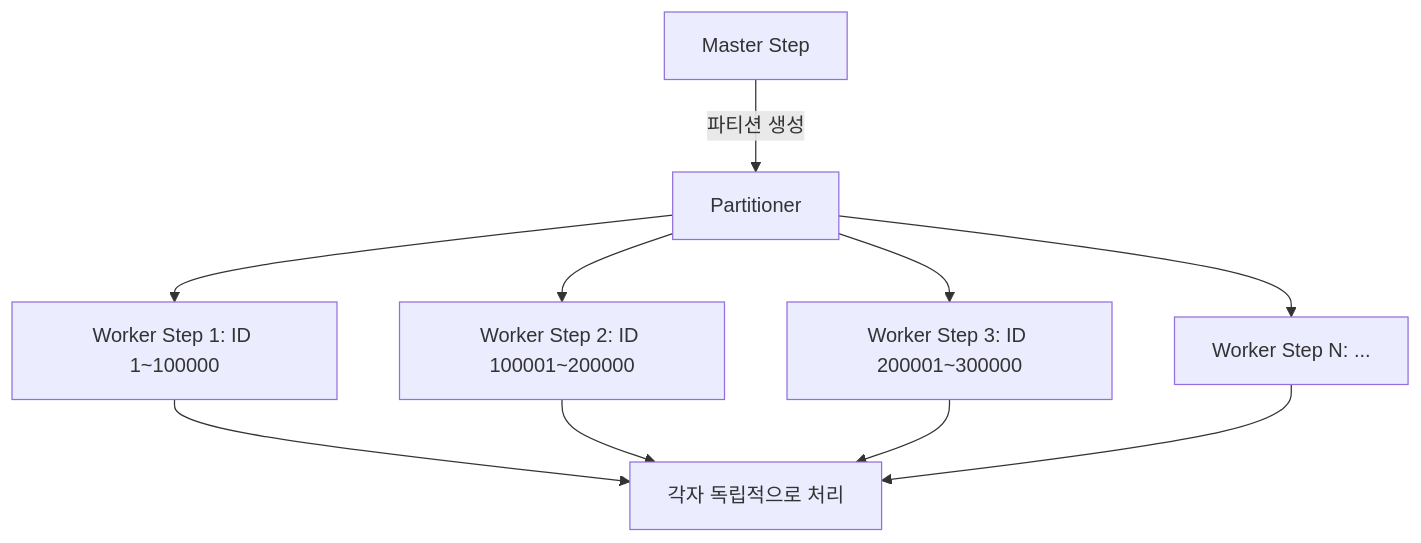
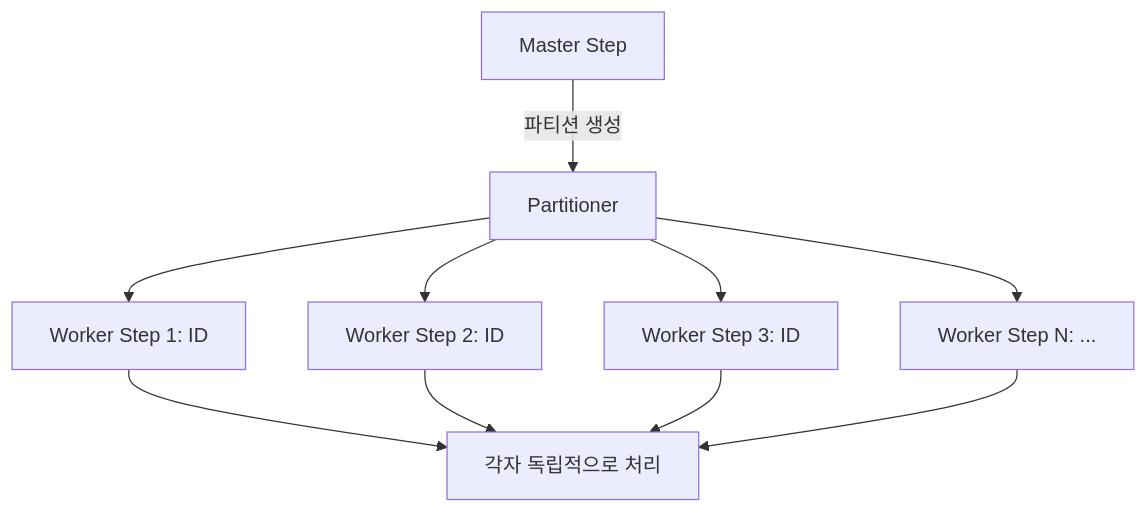
One commit to yjkim2015/yjkim2015.github.io changed the fifth of 6 diagrams in _posts/spring/2026-05-02-spring-batch-deep.md. Above: the diagram before and after it, drawn with Mermaid. The commit also changed 271 other files, not shown here.

First line of the commit message:
Mermaid 라벨 축소: 긴 노드 텍스트 18자 이하로 트림 + \n 제거

````diff
--- a/_posts/spring/2026-05-02-spring-batch-deep.md
+++ b/_posts/spring/2026-05-02-spring-batch-deep.md
@@ -416,12 +416,12 @@
 ```mermaid
 graph TD
     A[Master Step] -->|"파티션 생성"| B[Partitioner]
-    B --> C["Worker Step 1: ID 1~100000"]
-    B --> D["Worker Step 2: ID 100001~200000"]
-    B --> E["Worker Step 3: ID 200001~300000"]
+    B --> C["Worker Step 1: ID"]
+    B --> D["Worker Step 2: ID"]
+    B --> E["Worker Step 3: ID"]
     B --> F["Worker Step N: ..."]
     C --> G["각자 독립적으로 처리"]
     D --> G
     E --> G
     F --> G
 ```
````
